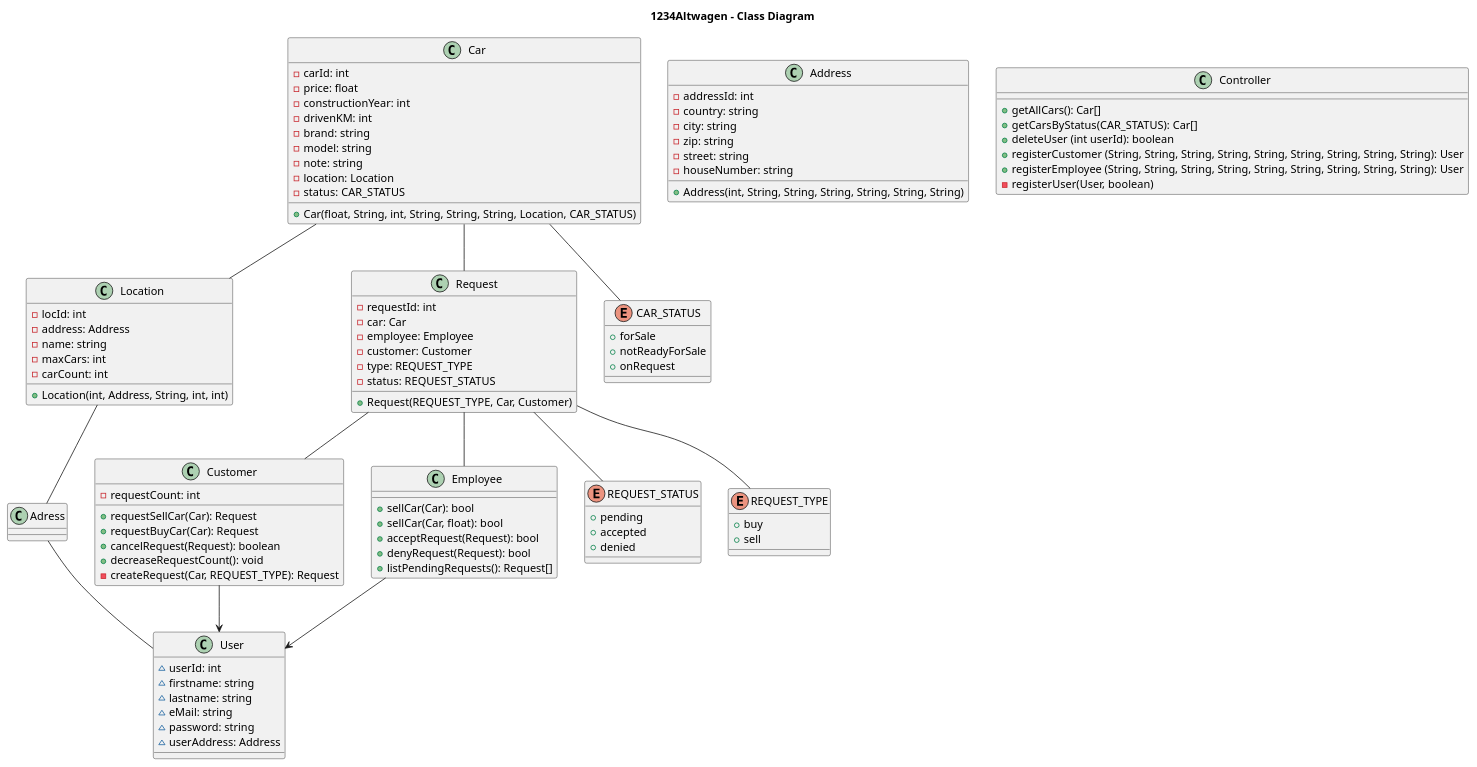
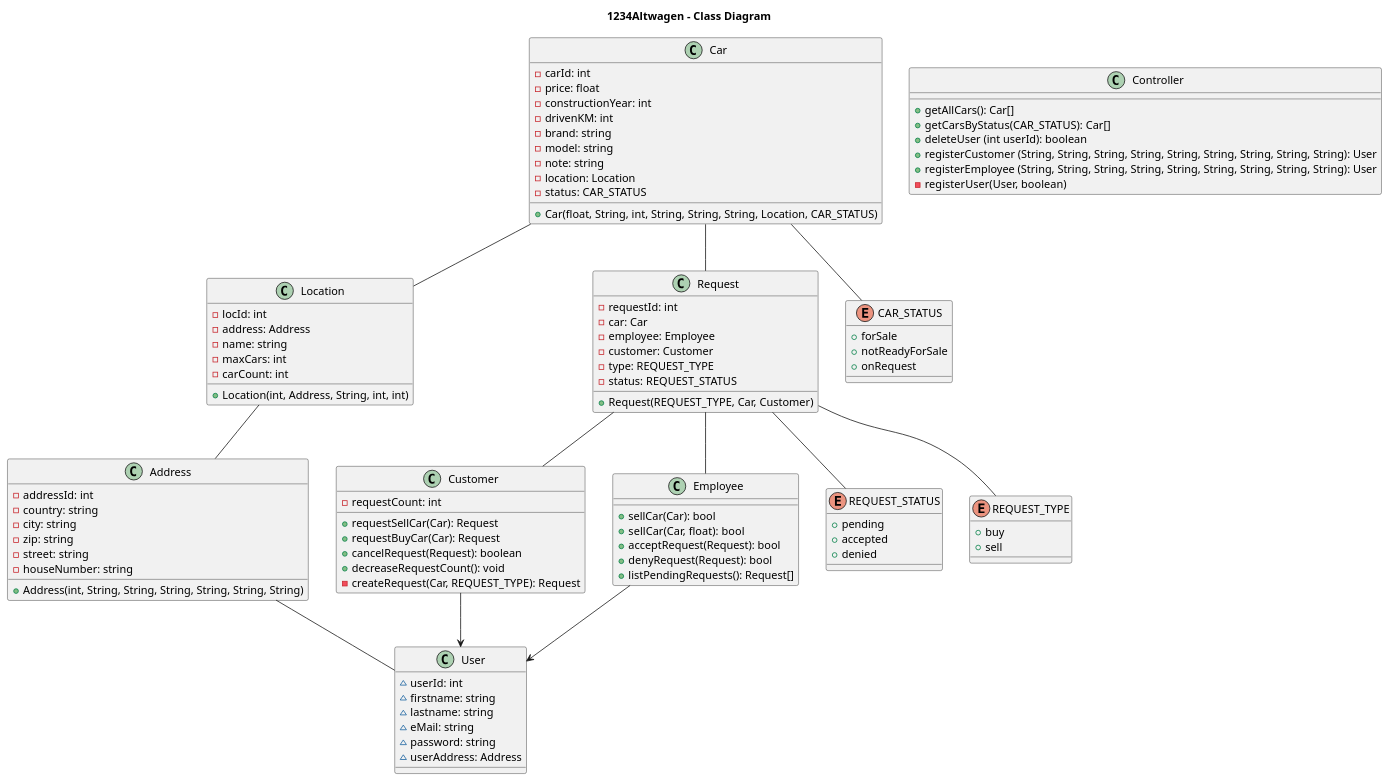
Before and after one commit to fh-erfurt/1234Altwagen: the diagram in klassendiagramm.iuml, drawn with PlantUML.

```diff
--- a/klassendiagramm.iuml
+++ b/klassendiagramm.iuml
@@ -1,109 +1,109 @@
 @startuml
 title 1234Altwagen - Class Diagram
 
 
 class Car {
     -carId: int
     -price: float
     -constructionYear: int
     -drivenKM: int
     -brand: string
     -model: string
     -note: string
     -location: Location
     -status: CAR_STATUS
     +Car(float, String, int, String, String, String, Location, CAR_STATUS)
 }
 
 class Location {
     -locId: int
     -address: Address
     -name: string
     -maxCars: int
     -carCount: int
     +Location(int, Address, String, int, int)
 }
 
 class Request {
     -requestId: int
     -car: Car
     -employee: Employee
     -customer: Customer
     -type: REQUEST_TYPE
     -status: REQUEST_STATUS
     +Request(REQUEST_TYPE, Car, Customer)
 }
 
 class Address {
     -addressId: int
     -country: string
     -city: string
     -zip: string
     -street: string
     -houseNumber: string
     +Address(int, String, String, String, String, String, String)
 }
 
 class Controller {
     +getAllCars(): Car[]
     +getCarsByStatus(CAR_STATUS): Car[]
     +deleteUser (int userId): boolean
     +registerCustomer (String, String, String, String, String, String, String, String, String): User
     +registerEmployee (String, String, String, String, String, String, String, String, String): User
     -registerUser(User, boolean)
 }
 
 class User {
     ~userId: int
     ~firstname: string
     ~lastname: string
     ~eMail: string
     ~password: string
     ~userAddress: Address
 }
 class Customer {
     -requestCount: int
     +requestSellCar(Car): Request
     +requestBuyCar(Car): Request
     +cancelRequest(Request): boolean
     +decreaseRequestCount(): void
     -createRequest(Car, REQUEST_TYPE): Request
 }
 class Employee {
     +sellCar(Car): bool
     +sellCar(Car, float): bool
     +acceptRequest(Request): bool
     +denyRequest(Request): bool
     +listPendingRequests(): Request[]
 }
 
 enum CAR_STATUS {
     +forSale
     +notReadyForSale
     +onRequest
 }
 
 enum REQUEST_STATUS {
     +pending
     +accepted
     +denied
 }
 
 enum REQUEST_TYPE {
     +buy
     +sell
 }
 
 Customer --> User
 Employee --> User
 
 Car -- Location
 Car -- Request
-Location -- Adress
+Location -- Address
 Request -- Customer
 Request -- Employee
-Adress -- User
+Address -- User
 Car -- CAR_STATUS
 Request -- REQUEST_TYPE
 Request -- REQUEST_STATUS
 @enduml
```
